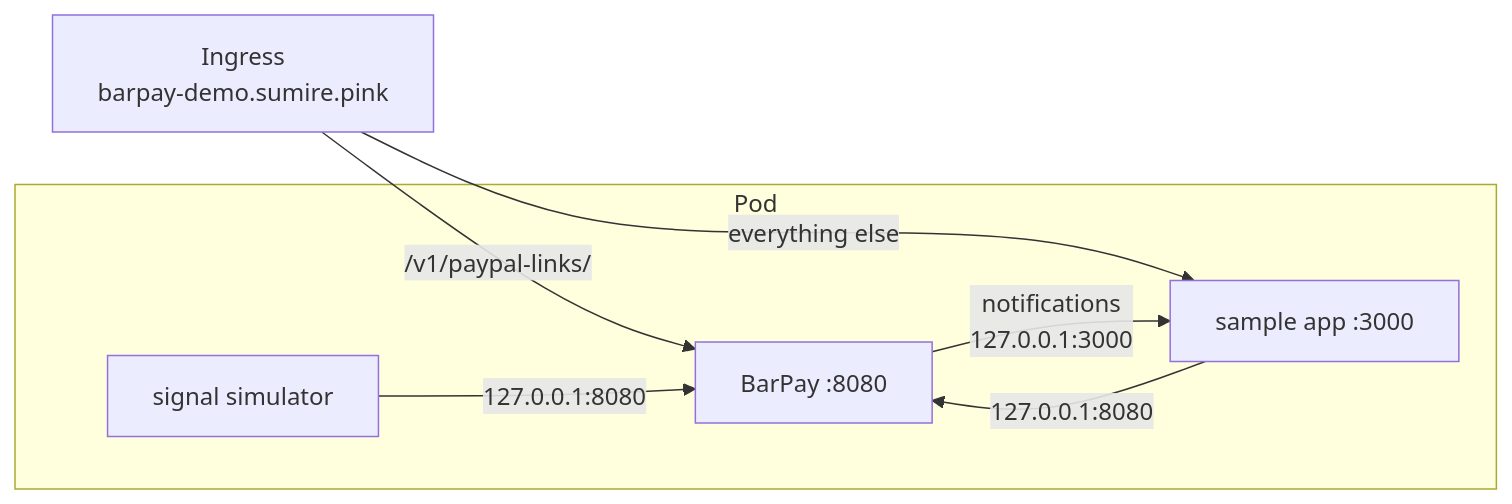
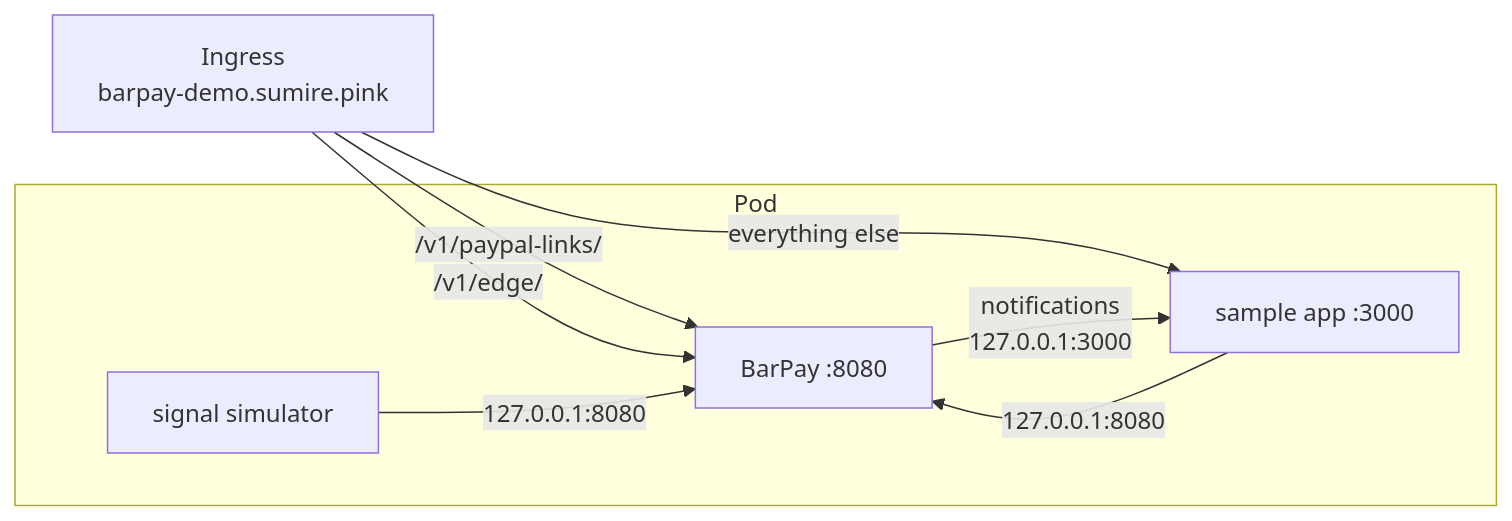
Before and after one commit to sumiredc/barpay: the first of 2 diagrams in README.md, drawn with Mermaid. The commit also changed other lines of this file and 2 other files, not shown here.

First line of the commit message:
Route the edge API of the Kubernetes deployment to BarPay

````diff
--- a/README.md
+++ b/README.md
@@ -349,13 +349,14 @@
 ```mermaid
 flowchart LR
   IN[Ingress<br/>barpay-demo.sumire.pink] -->|/v1/paypal-links/| B
+  IN -->|/v1/edge/| B
   IN -->|everything else| M
   subgraph Pod
     B[BarPay :8080]
     M[sample app :3000]
     S[signal simulator]
     M -->|127.0.0.1:8080| B
     B -->|notifications<br/>127.0.0.1:3000| M
     S -->|127.0.0.1:8080| B
   end
 ```
````
